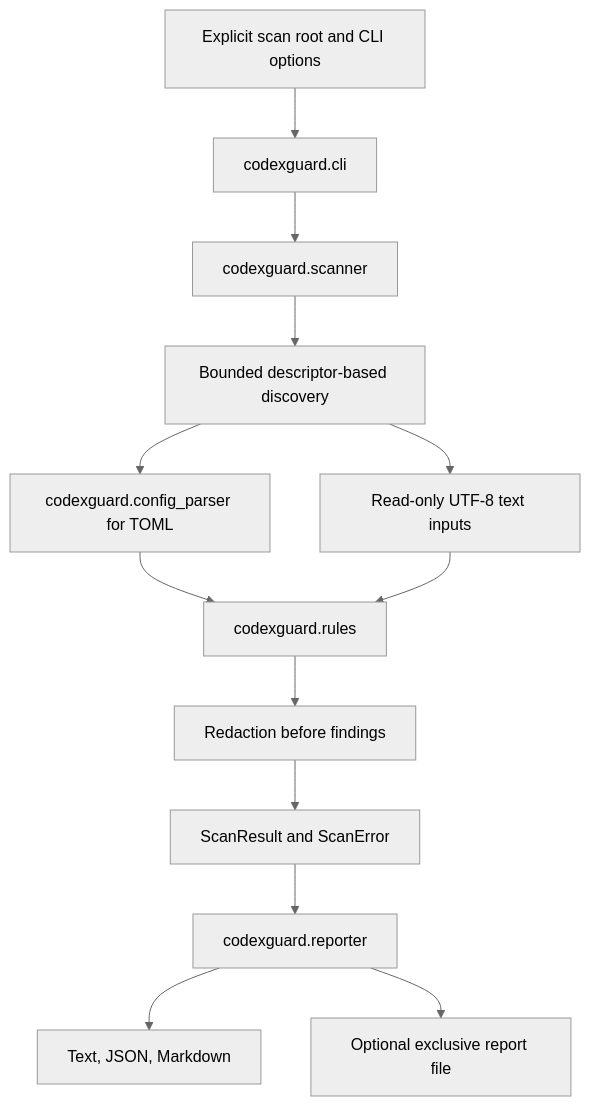
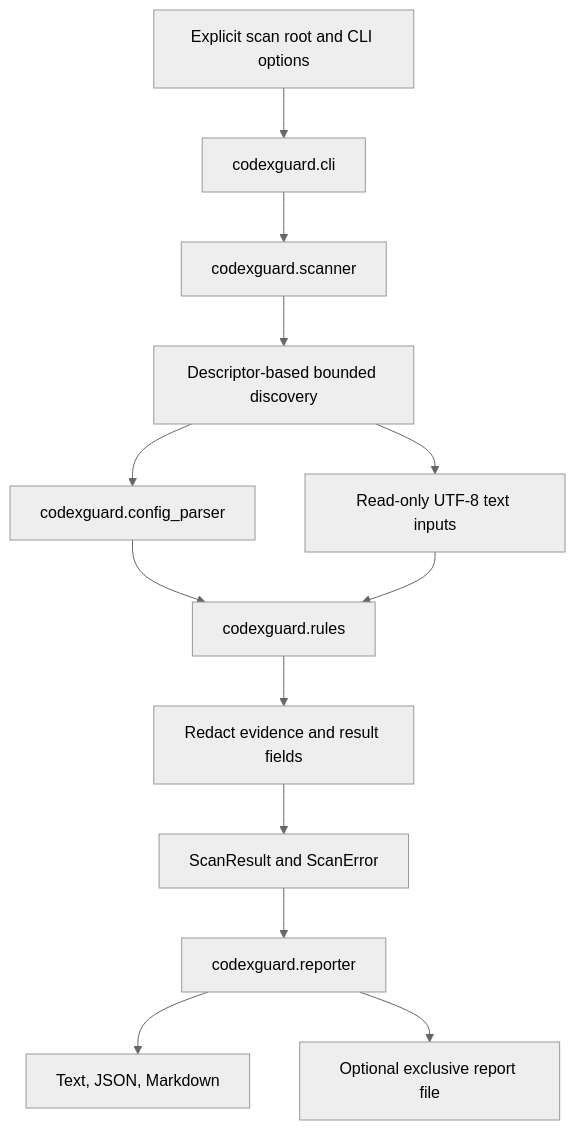
One commit to thunderstorm009/codex_guard changed the diagram in docs/architecture.md. Above: the diagram before and after it, drawn with Mermaid (neutral theme). The commit also changed other lines of this file and 20 other files, not shown here.

````diff
--- a/docs/architecture.md
+++ b/docs/architecture.md
@@ -5,15 +5,15 @@
 ```mermaid
 flowchart TD
     User[Explicit scan root and CLI options] --> CLI[codexguard.cli]
     CLI --> Scanner[codexguard.scanner]
-    Scanner --> Discovery[Bounded descriptor-based discovery]
-    Discovery --> Parser[codexguard.config_parser for TOML]
+    Scanner --> Discovery[Descriptor-based bounded discovery]
+    Discovery --> Parser[codexguard.config_parser]
     Discovery --> Text[Read-only UTF-8 text inputs]
     Parser --> Rules[codexguard.rules]
     Text --> Rules
-    Rules --> Redaction[Redaction before findings]
+    Rules --> Redaction[Redact evidence and result fields]
     Redaction --> Result[ScanResult and ScanError]
     Result --> Reporter[codexguard.reporter]
     Reporter --> Terminal[Text, JSON, Markdown]
     Reporter --> Output[Optional exclusive report file]
 ```
````
